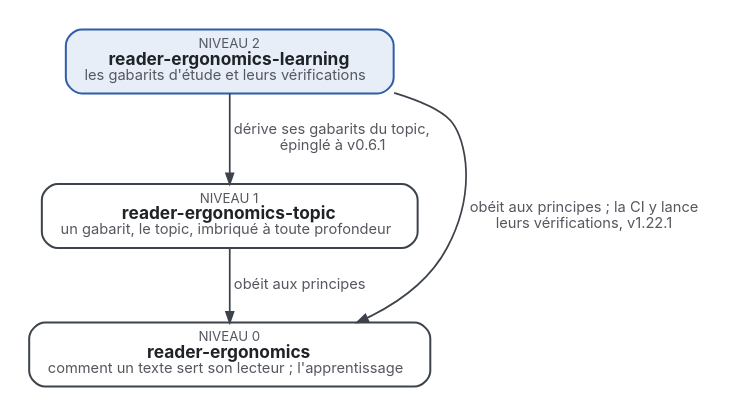
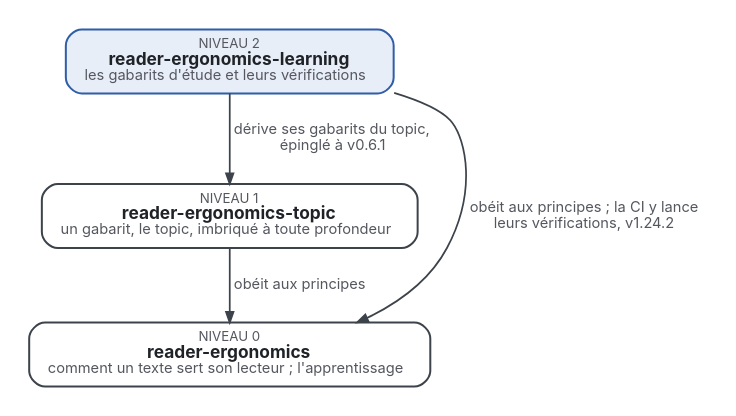
Before and after one commit to Tewf/reader-ergonomics-learning: the diagram in where-it-sits.fr.dot, drawn with Graphviz. The commit also changed 32 other files, not shown here.

```diff
--- a/where-it-sits.fr.dot
+++ b/where-it-sits.fr.dot
@@ -1,11 +1,11 @@
 digraph niveaux {
   graph [rankdir=TB, nodesep=0.6, ranksep=0.6, bgcolor="white", pad=0.2, fontname="Inter"];
   node  [shape=box, style="rounded,filled", fontname="Inter", fontsize=13, margin="0.2,0.1", penwidth=1.5, fontcolor="#1F2328"];
   edge  [fontname="Inter", fontsize=11, color="#3D434B", fontcolor="#55575F", penwidth=1.3, arrowsize=0.8];
   L [label=<<font point-size="10" color="#55575F">NIVEAU 2</font><br/><b>reader-ergonomics-learning</b><br/><font point-size="11" color="#55575F">les gabarits d'étude et leurs vérifications</font>>, fillcolor="#E8EEF8", color="#2F5DA8"];
   T [label=<<font point-size="10" color="#55575F">NIVEAU 1</font><br/><b>reader-ergonomics-topic</b><br/><font point-size="11" color="#55575F">un gabarit, le topic, imbriqué à toute profondeur</font>>, fillcolor="#FFFFFF", color="#3D434B"];
   R [label=<<font point-size="10" color="#55575F">NIVEAU 0</font><br/><b>reader-ergonomics</b><br/><font point-size="11" color="#55575F">comment un texte sert son lecteur ; l'apprentissage</font>>, fillcolor="#FFFFFF", color="#3D434B"];
   L -> T [label=<  dérive ses gabarits du topic,<br/>  épinglé à v0.6.1>];
   T -> R [label=<  obéit aux principes>];
-  L -> R [label=<  obéit aux principes ; la CI y lance<br/>  leurs vérifications, v1.22.1>, constraint=false];
+  L -> R [label=<  obéit aux principes ; la CI y lance<br/>  leurs vérifications, v1.24.2>, constraint=false];
 }
```
